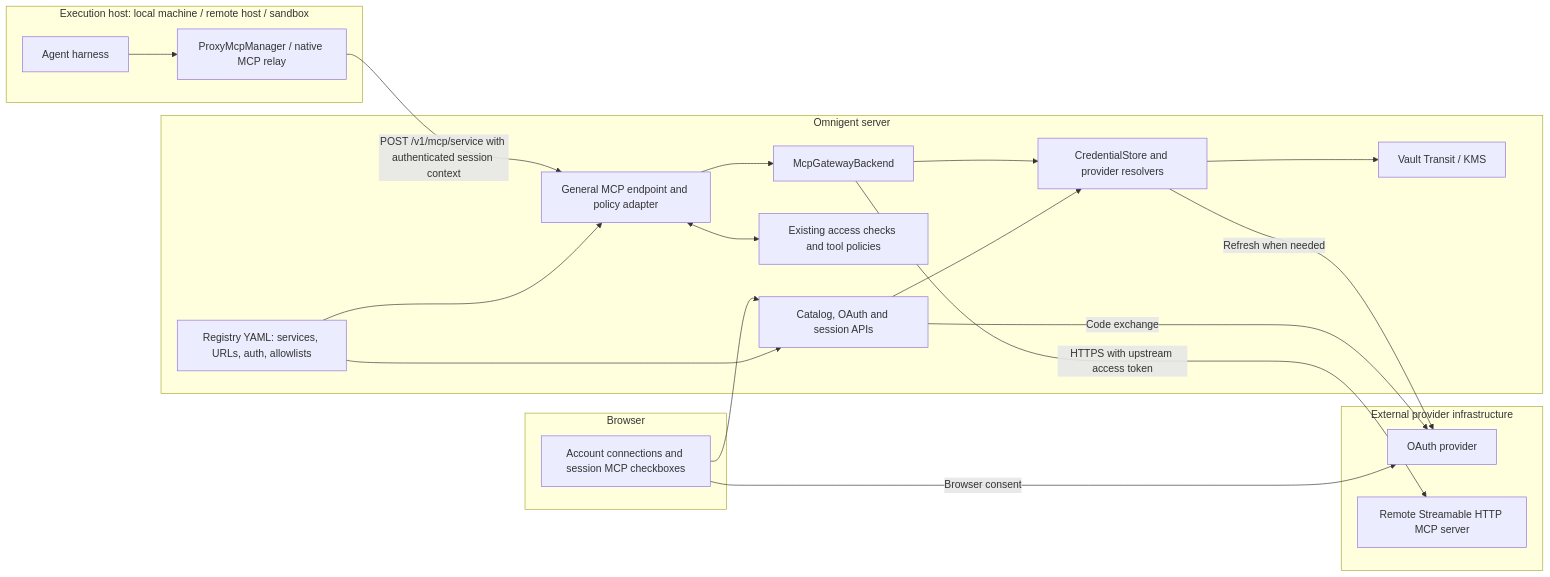
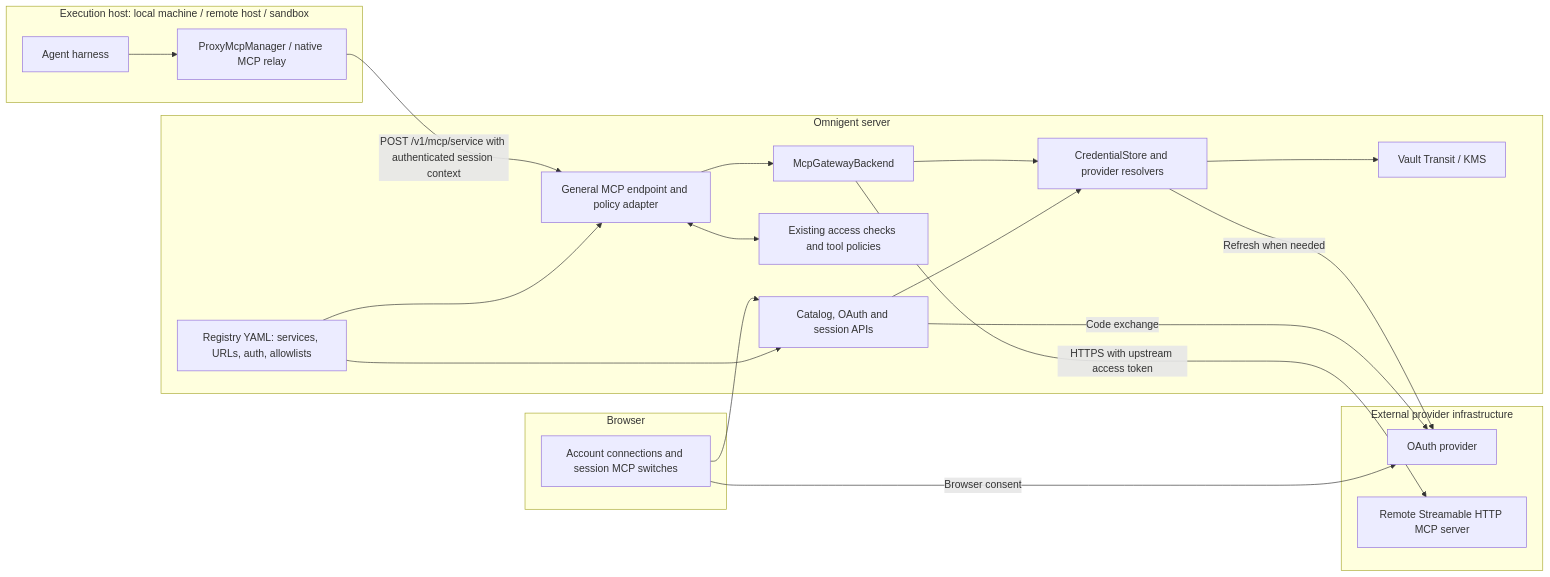
Before and after one commit to omnigent-ai/omnigent: the first of 9 diagrams in designs/MCP_REGISTRY_GATEWAY.md, drawn with Mermaid. The commit also changed other lines of this file and 12 other files, not shown here.

````diff
--- a/designs/MCP_REGISTRY_GATEWAY.md
+++ b/designs/MCP_REGISTRY_GATEWAY.md
@@ -34,36 +34,36 @@
 ```mermaid
 flowchart LR
   subgraph browser[Browser]
-    UI[Account connections and session MCP checkboxes]
+    UI[Account connections and session MCP switches]
   end
   subgraph runner[Execution host: local machine / remote host / sandbox]
     H[Agent harness]
     P[ProxyMcpManager / native MCP relay]
     H --> P
   end
   subgraph server[Omnigent server]
     R[Registry YAML: services, URLs, auth, allowlists]
     A[Catalog, OAuth and session APIs]
     G[General MCP endpoint and policy adapter]
     Policy[Existing access checks and tool policies]
     C[CredentialStore and provider resolvers]
     K[Vault Transit / KMS]
     R --> A
     R --> G
     A --> C
     G <--> Policy
     G --> E[McpGatewayBackend]
     E --> C
     C --> K
   end
   subgraph external[External provider infrastructure]
     O[OAuth provider]
     M[Remote Streamable HTTP MCP server]
   end
   UI --> A
   UI -->|Browser consent| O
   A -->|Code exchange| O
   C -->|Refresh when needed| O
   P -->|POST /v1/mcp/service with authenticated session context| G
   E -->|HTTPS with upstream access token| M
 ```
````
